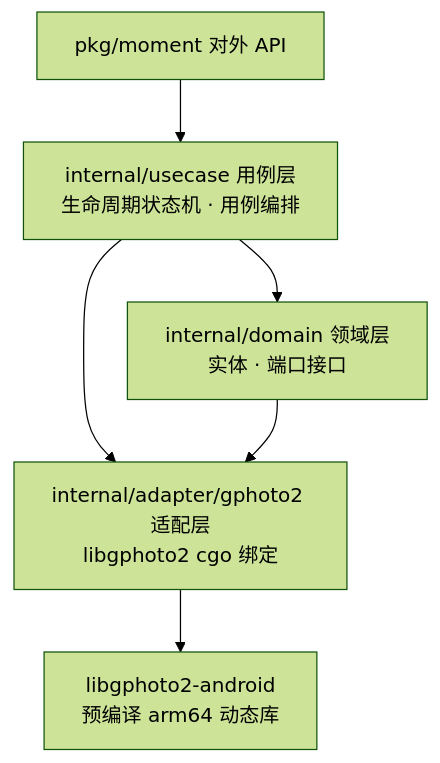
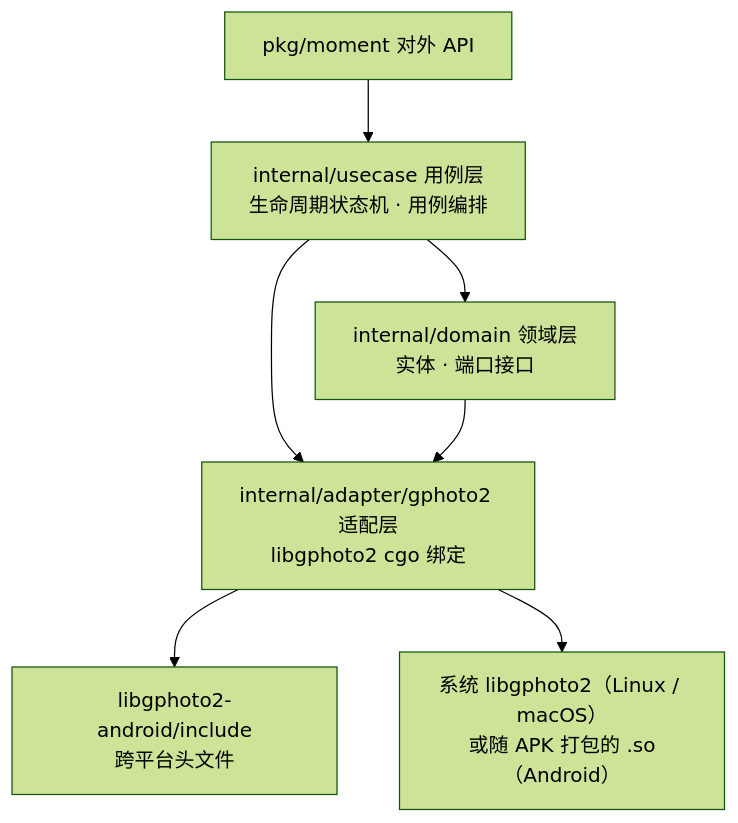
The first of 2 diagrams in README.md (zviex/moment-go), drawn with Mermaid (forest theme) before and after one commit. The commit also changed other lines of this file and 16 other files, not shown here.

````diff
--- a/README.md
+++ b/README.md
@@ -16,8 +19,9 @@
 ```mermaid
 graph TD
     A[pkg/moment 对外 API] --> B[internal/usecase 用例层<br/>生命周期状态机 · 用例编排]
     B --> C[internal/domain 领域层<br/>实体 · 端口接口]
     B --> D[internal/adapter/gphoto2 适配层<br/>libgphoto2 cgo 绑定]
     C --> D
-    D --> E[libgphoto2-android<br/>预编译 arm64 动态库]
+    D --> E[libgphoto2-android/include<br/>跨平台头文件]
+    D --> F[系统 libgphoto2（Linux / macOS）<br/>或随 APK 打包的 .so（Android）]
 ```
````
